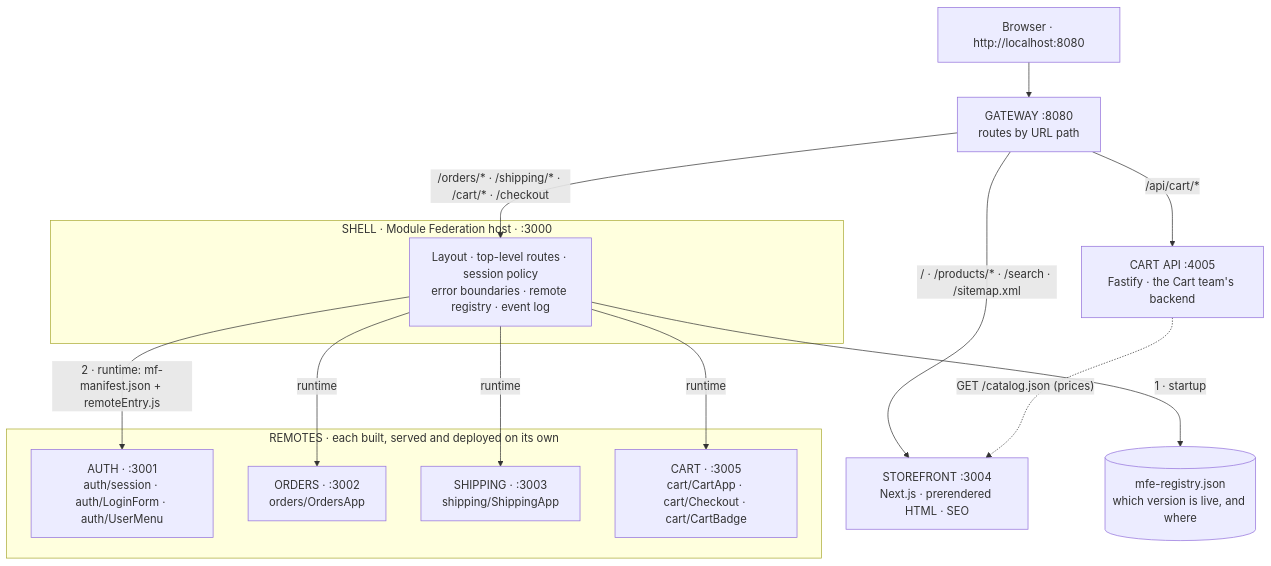
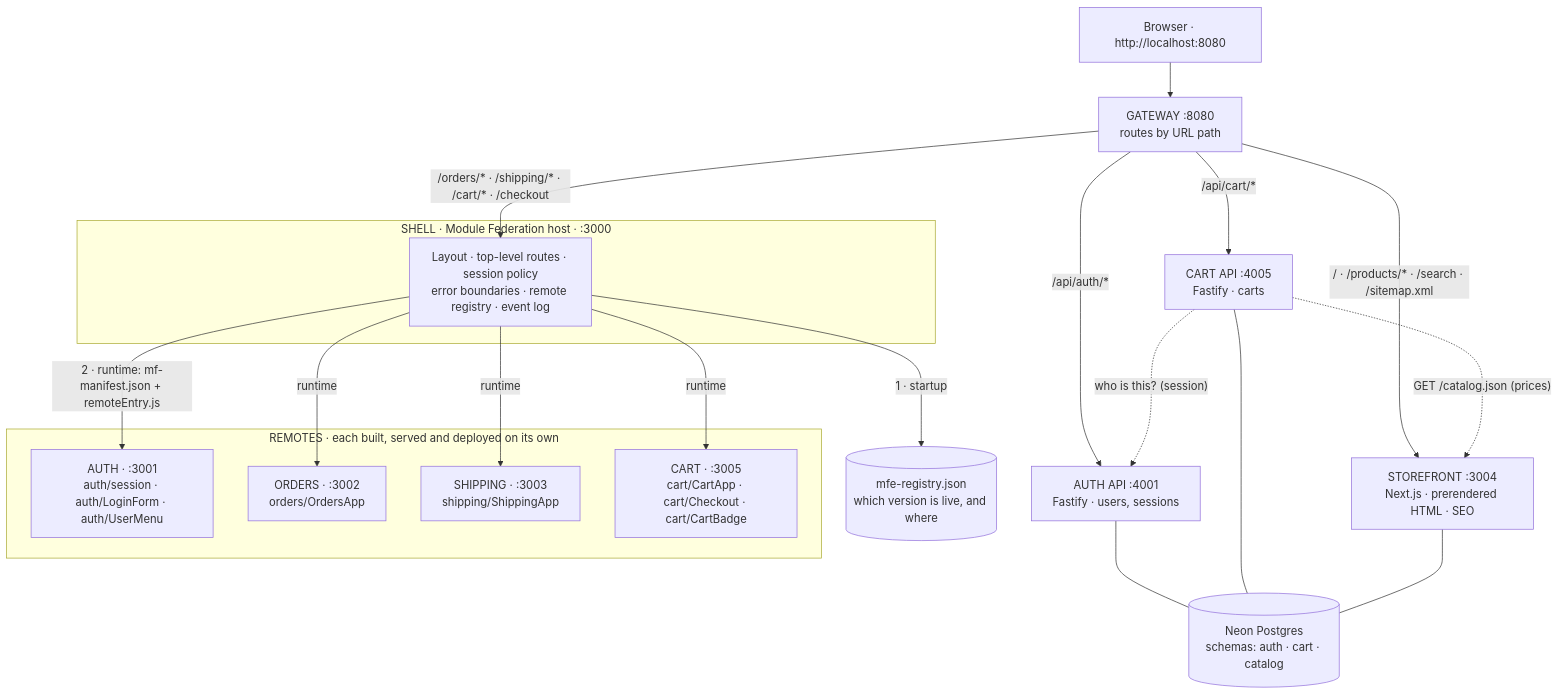
One commit to alireza-akbarzadeh/mciro changed the first of 2 diagrams in micro-shop/README.md. Above: the diagram before and after it, drawn with Mermaid. The commit also changed other lines of this file and 3 other files, not shown here.

First line of the commit message:
docs, e2e: auth API, catalog in Postgres, shadcn components

````diff
--- a/micro-shop/README.md
+++ b/micro-shop/README.md
@@ -82,28 +82,34 @@
 ```mermaid
 flowchart TB
     browser["Browser · http://localhost:8080"] --> gateway["GATEWAY :8080<br/>routes by URL path"]
 
     gateway -- "/ · /products/* · /search · /sitemap.xml" --> storefront["STOREFRONT :3004<br/>Next.js · prerendered HTML · SEO"]
     gateway -- "/orders/* · /shipping/* · /cart/* · /checkout" --> shell
-    gateway -- "/api/cart/*" --> cartApi["CART API :4005<br/>Fastify · the Cart team's backend"]
+    gateway -- "/api/cart/*" --> cartApi["CART API :4005<br/>Fastify · carts"]
+    gateway -- "/api/auth/*" --> authApi["AUTH API :4001<br/>Fastify · users, sessions"]
+    db[("Neon Postgres<br/>schemas: auth · cart · catalog")]
 
     subgraph shellBox["SHELL · Module Federation host · :3000"]
         shell["Layout · top-level routes · session policy<br/>error boundaries · remote registry · event log"]
     end
 
     subgraph remotesBox["REMOTES · each built, served and deployed on its own"]
         auth["AUTH · :3001<br/>auth/session · auth/LoginForm · auth/UserMenu"]
         orders["ORDERS · :3002<br/>orders/OrdersApp"]
         shipping["SHIPPING · :3003<br/>shipping/ShippingApp"]
         cart["CART · :3005<br/>cart/CartApp · cart/Checkout · cart/CartBadge"]
     end
 
     registry[("mfe-registry.json<br/>which version is live, and where")]
 
     shell -- "1 · startup" --> registry
     shell -- "2 · runtime: mf-manifest.json + remoteEntry.js" --> auth
     shell -- "runtime" --> orders
     shell -- "runtime" --> shipping
     shell -- "runtime" --> cart
     cartApi -. "GET /catalog.json (prices)" .-> storefront
+    cartApi -. "who is this? (session)" .-> authApi
+    authApi --- db
+    cartApi --- db
+    storefront --- db
 ```
````
